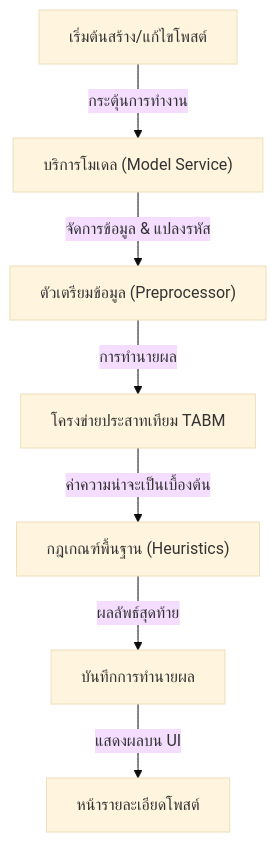
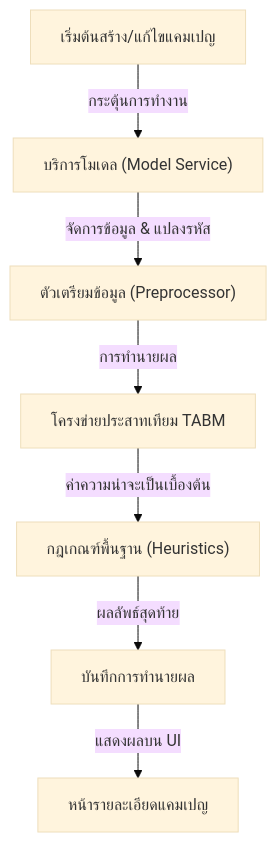
Before and after one commit to o-kard/okard-backend: the diagram in docs/developer_manual/th/ai_model_module_manual.md, drawn with Mermaid (base theme). The commit also changed other lines of this file and 11 other files, not shown here.

````diff
--- a/docs/developer_manual/th/ai_model_module_manual.md
+++ b/docs/developer_manual/th/ai_model_module_manual.md
@@ -26,9 +26,9 @@
 ```mermaid
 graph TD
-    Init["เริ่มต้นสร้าง/แก้ไขโพสต์"] -->|กระตุ้นการทำงาน| Svc["บริการโมเดล (Model Service)"]
+    Init["เริ่มต้นสร้าง/แก้ไขแคมเปญ"] -->|กระตุ้นการทำงาน| Svc["บริการโมเดล (Model Service)"]
     Svc -->|จัดการข้อมูล & แปลงรหัส| Pre["ตัวเตรียมข้อมูล (Preprocessor)"]
     Pre -->|การทำนายผล| ML["โครงข่ายประสาทเทียม TABM"]
     ML -->|ค่าความน่าจะเป็นเบื้องต้น| Rules["กฎเกณฑ์พื้นฐาน (Heuristics)"]
     Rules -->|ผลลัพธ์สุดท้าย| Result["บันทึกการทำนายผล"]
-    Result -->|แสดงผลบน UI| View["หน้ารายละเอียดโพสต์"]
+    Result -->|แสดงผลบน UI| View["หน้ารายละเอียดแคมเปญ"]
 ```
````
